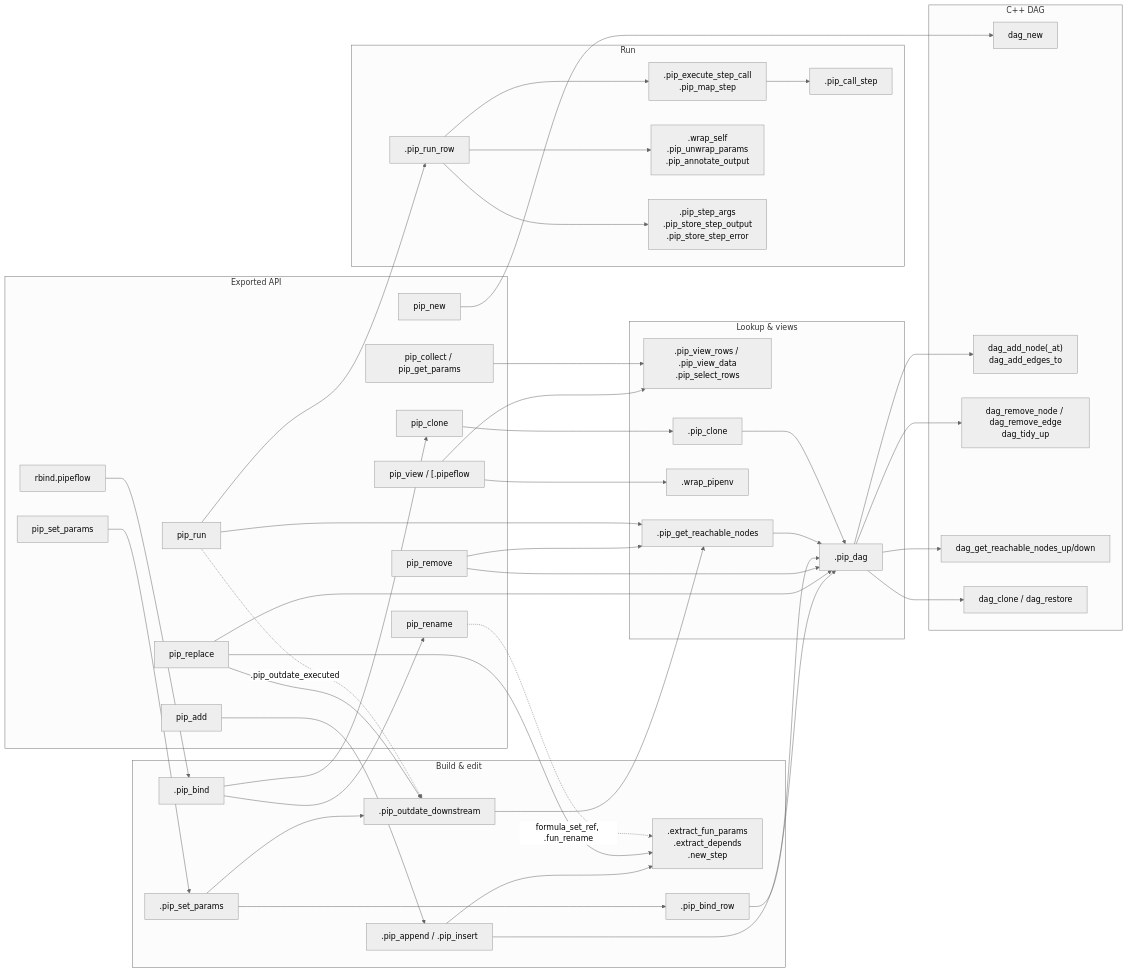
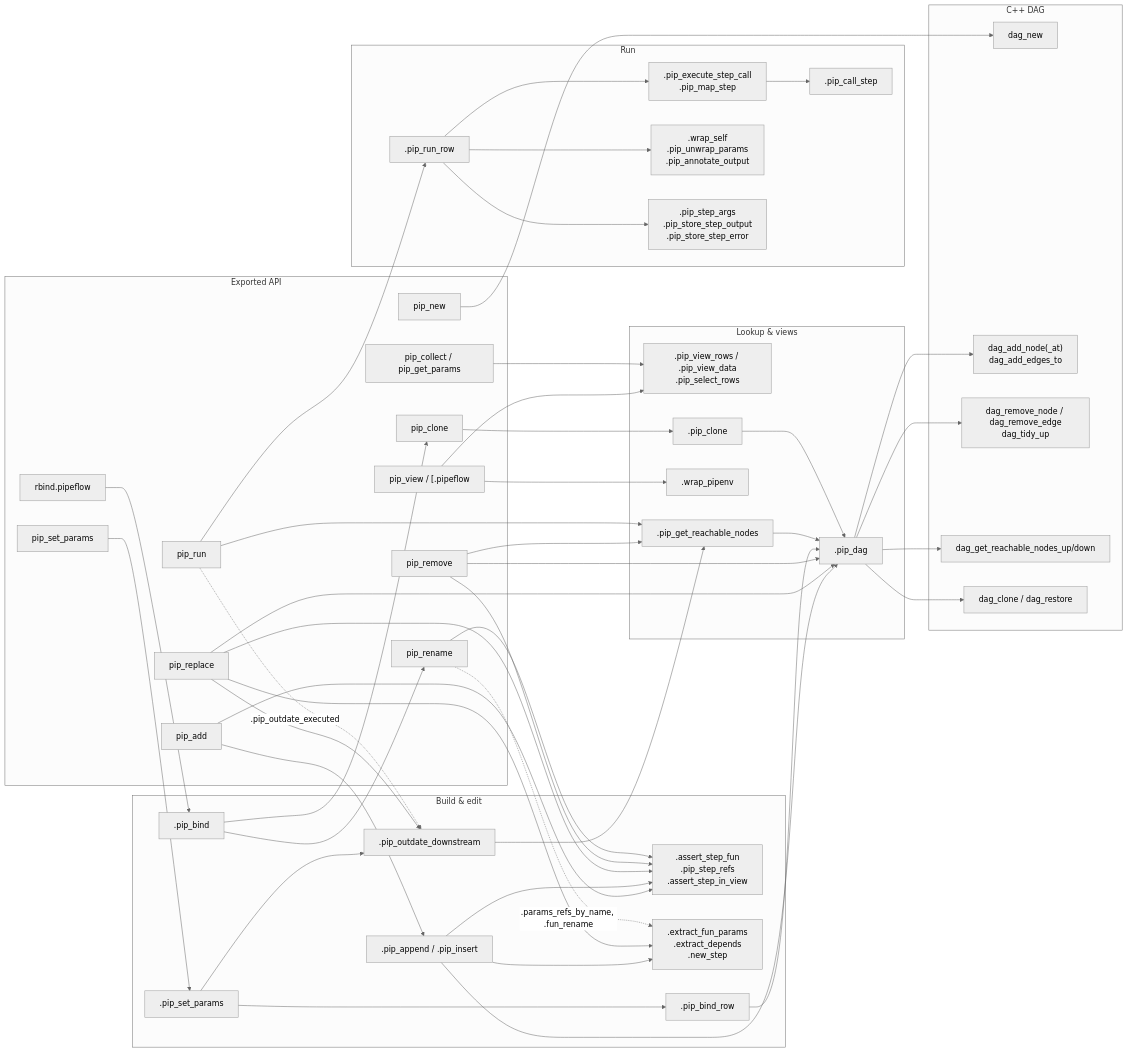
Before and after one commit to rpahl/pipeflow: the third of 8 diagrams in dev/pipeflow.md, drawn with Mermaid (neutral theme). The commit also changed other lines of this file and 2 other files, not shown here.

First line of the commit message:
refactor: share the checks and reference handling of step edits

````diff
--- a/dev/pipeflow.md
+++ b/dev/pipeflow.md
@@ -215,76 +215,82 @@
 ```mermaid
 flowchart LR
     subgraph API["Exported API"]
         new["pip_new"]
         add["pip_add"]
         rep["pip_replace"]
         rem["pip_remove"]
         ren["pip_rename"]
         set["pip_set_params"]
         rbd["rbind.pipeflow"]
         run["pip_run"]
         view["pip_view / [.pipeflow"]
         cln["pip_clone"]
         get["pip_collect / pip_get_params"]
     end
 
     subgraph Build["Build & edit"]
         app[".pip_append / .pip_insert"]
+        chk[".assert_step_fun<br/>.pip_step_refs<br/>.assert_step_in_view"]
         par[".extract_fun_params<br/>.extract_depends<br/>.new_step"]
         bnd[".pip_bind"]
         sp[".pip_set_params"]
         br[".pip_bind_row"]
         out[".pip_outdate_downstream"]
     end
 
     subgraph Run["Run"]
         rr[".pip_run_row"]
         ex[".pip_execute_step_call<br/>.pip_map_step"]
         cs[".pip_call_step"]
         hooks[".wrap_self<br/>.pip_unwrap_params<br/>.pip_annotate_output"]
         store[".pip_step_args<br/>.pip_store_step_output<br/>.pip_store_step_error"]
     end
 
     subgraph Access["Lookup & views"]
         vr[".pip_view_rows / .pip_view_data<br/>.pip_select_rows"]
         reach[".pip_get_reachable_nodes"]
         wrap[".wrap_pipenv"]
         pcl[".pip_clone"]
         dag[".pip_dag"]
     end
 
     subgraph Cpp["C++ DAG"]
         dnew["dag_new"]
         dadd["dag_add_node(_at)<br/>dag_add_edges_to"]
         drem["dag_remove_node / dag_remove_edge<br/>dag_tidy_up"]
         dreach["dag_get_reachable_nodes_up/down"]
         dcl["dag_clone / dag_restore"]
     end
 
     new --> dnew
     add --> app --> par
     app --> dag
+    add --> chk
+    app --> chk
+    rep --> chk
+    rem --> chk
+    ren --> chk
     rep --> par
     rep --> out
     rep --> dag
     rem --> reach
     rem --> dag
-    ren -. "formula_set_ref, .fun_rename" .-> par
+    ren -. ".params_refs_by_name, .fun_rename" .-> par
     set --> sp --> br --> dag
     sp --> out --> reach --> dag
     rbd --> bnd --> cln
     bnd --> ren
     run --> rr --> ex --> cs
     rr --> hooks
     rr --> store
     run --> reach
     run -. ".pip_outdate_executed" .-> out
     view --> vr
     view --> wrap
     cln --> pcl --> dag
     get --> vr
     dag --> dadd
     dag --> drem
     dag --> dreach
     dag --> dcl
 ```
````
